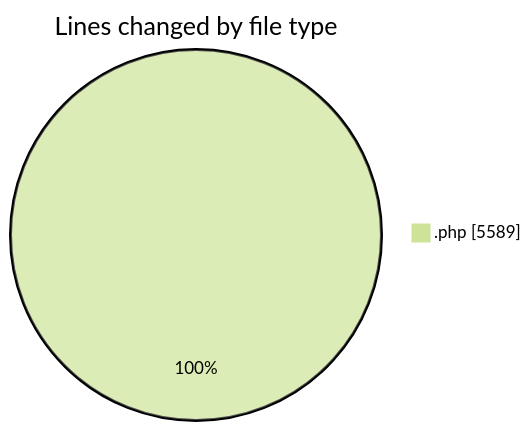
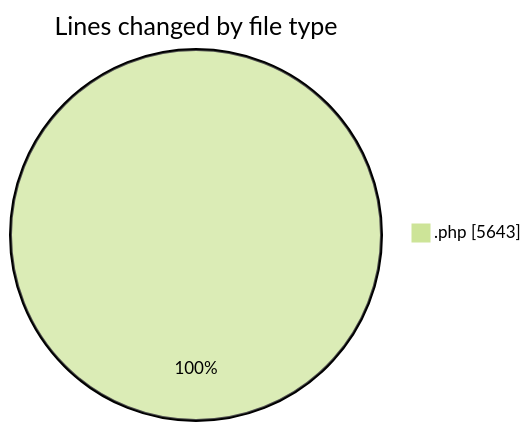
Before and after one commit to debugP/code-tracking: the first of 2 diagrams in 2025-10-03/untitled__workspace_/README.md, drawn with Mermaid (forest theme). The commit also changed other lines of this file and 1 other file, not shown here.

````diff
--- a/2025-10-03/untitled__workspace_/README.md
+++ b/2025-10-03/untitled__workspace_/README.md
@@ -23,5 +23,5 @@
 ```mermaid
 pie showData
 title Lines changed by file type
-".php" : 5589
+".php" : 5643
 ```
````
